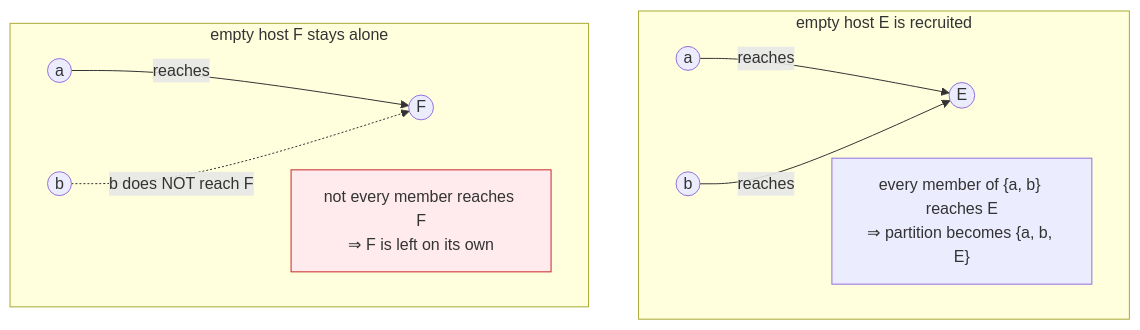
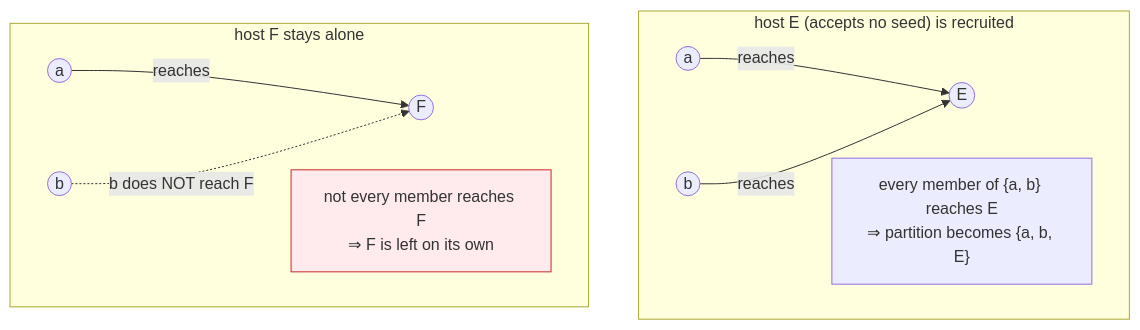
One commit to cobaltcore-dev/cortex changed the fifth of 7 diagrams in docs/03-reservations-and-inventory/04-failover-host-reservations.md. Above: the diagram before and after it, drawn with Mermaid. The commit also changed other lines of this file and 9 other files, not shown here.

````diff
--- a/docs/03-reservations-and-inventory/04-failover-host-reservations.md
+++ b/docs/03-reservations-and-inventory/04-failover-host-reservations.md
@@ -305,16 +299,16 @@
 ```mermaid
 flowchart TB
-    subgraph ok["empty host E is recruited"]
+    subgraph ok["host E (accepts no seed) is recruited"]
         direction LR
         a3((a)) -->|reaches| e1((E))
         b3((b)) -->|reaches| e1
         okr["every member of {a, b} reaches E<br/>⇒ partition becomes {a, b, E}"]
     end
-    subgraph no["empty host F stays alone"]
+    subgraph no["host F stays alone"]
         direction LR
         a4((a)) -->|reaches| f1((F))
         b4((b)) -. "b does NOT reach F" .-> f1
         nor["not every member reaches F<br/>⇒ F is left on its own"]
     end
     style nor fill:#ffebee,stroke:#c62828
 ```
````
